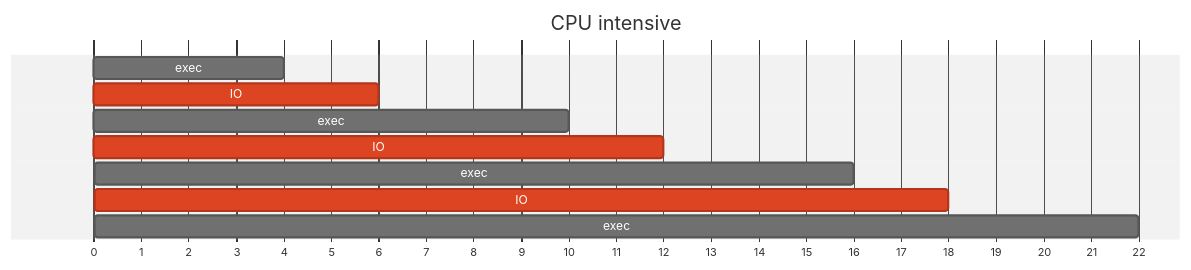
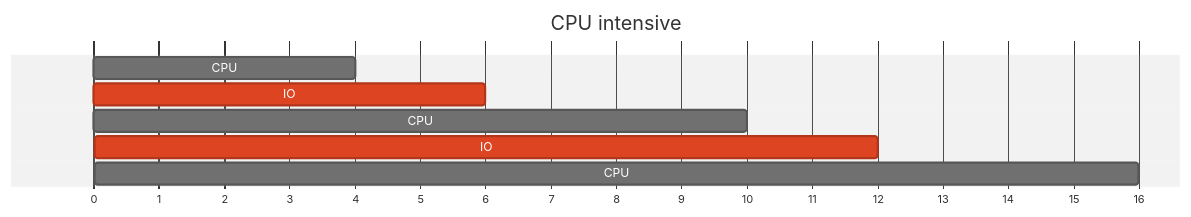
The first of 2 diagrams in CS/OS/data/24_control.md (angelromarco04/MyNotes), drawn with Mermaid (neutral theme) before and after one commit. The commit also changed other lines of this file and 1 other file, not shown here.

````diff
--- a/CS/OS/data/24_control.md
+++ b/CS/OS/data/24_control.md
@@ -16,17 +16,15 @@
 ```mermaid
 ---
 displayMode: compact
 ---
 gantt
     title CPU intensive
     dateFormat X
     axisFormat %s
     
-    exec    : a, 0, 4
+    CPU     : a, 0, 4
     IO      : crit, b, 4, 6
-    exec    : a, 6, 10
+    CPU     : a, 6, 10
     IO      : crit, b, 10, 12
-    exec    : a, 12, 16
-    IO      : crit, b, 16, 18
-    exec    : a, 18, 22
+    CPU     : a, 12, 16
 ```
````
